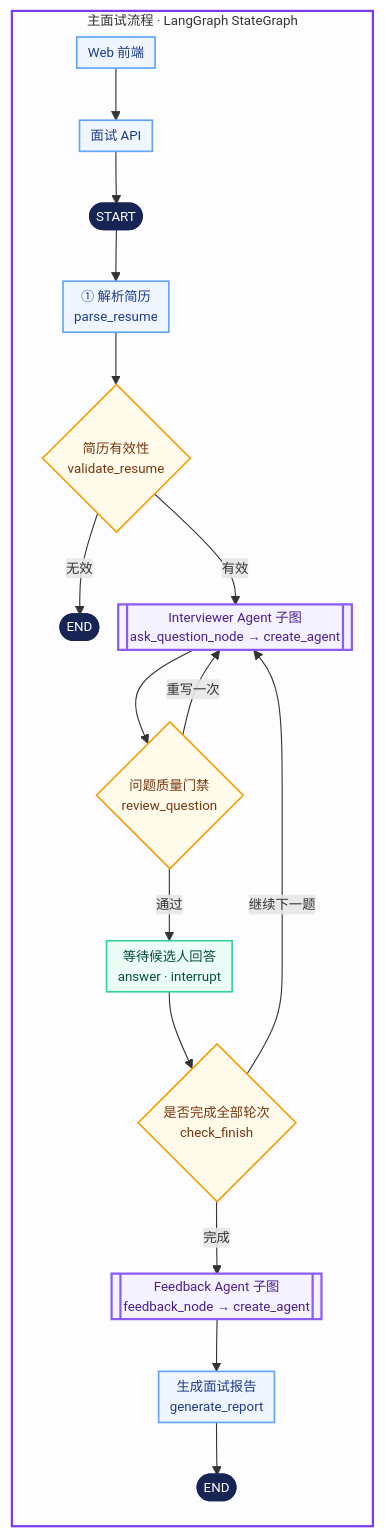
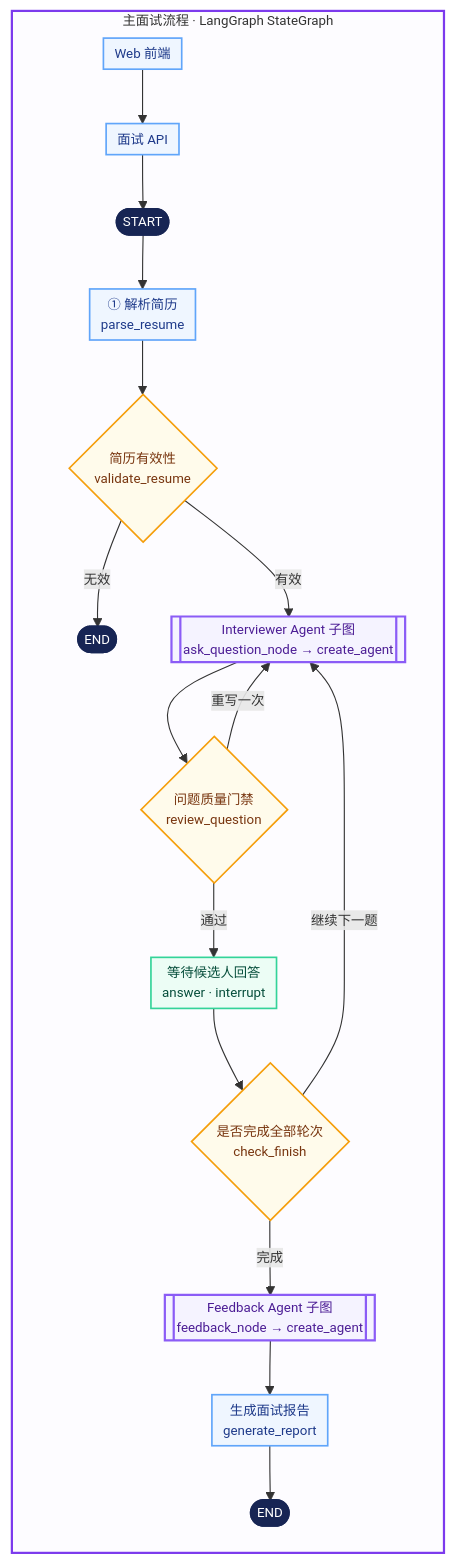
The first of 4 diagrams in README.md (Lucky-LMC/AI-Interview), drawn with Mermaid before and after one commit. The commit also changed other lines of this file, not shown here.

Commit message:
docs: refine workflow diagrams

````diff
--- a/README.md
+++ b/README.md
@@ -24,35 +24,35 @@
 ```mermaid
-%%{init: {"flowchart": {"nodeSpacing": 18, "rankSpacing": 22, "padding": 5}, "themeVariables": {"fontSize": "12px"}}}%%
+%%{init: {"flowchart": {"nodeSpacing": 50, "rankSpacing": 24, "padding": 5}, "themeVariables": {"fontSize": "12px"}}}%%
 flowchart TB
     subgraph interview_flow["主面试流程 · LangGraph StateGraph"]
         direction TB
         web["Web 前端"] --> interview_api["面试 API"]
         interview_api --> start([START])
         start --> parse["① 解析简历<br/>parse_resume"]
         parse --> validate{"简历有效性<br/>validate_resume"}
         validate -- 无效 --> invalid_end([END])
         validate -- 有效 --> interviewer[["Interviewer Agent 子图<br/>ask_question_node → create_agent"]]
         interviewer --> review{"问题质量门禁<br/>review_question"}
-        review -- 重写一次 --> interviewer
         review -- 通过 --> answer["等待候选人回答<br/>answer · interrupt"]
         answer --> finish{"是否完成全部轮次<br/>check_finish"}
+        review -- 重写一次 --> interviewer
         finish -- 继续下一题 --> interviewer
         finish -- 完成 --> feedback[["Feedback Agent 子图<br/>feedback_node → create_agent"]]
         feedback --> report["生成面试报告<br/>generate_report"]
         report --> done([END])
     end
 
     classDef terminal fill:#172554,color:#ffffff,stroke:#172554,stroke-width:2px;
     classDef process fill:#eff6ff,color:#1e3a8a,stroke:#60a5fa,stroke-width:1.5px;
     classDef decision fill:#fffbeb,color:#78350f,stroke:#f59e0b,stroke-width:1.5px;
     classDef agent fill:#f5f3ff,color:#4c1d95,stroke:#8b5cf6,stroke-width:2px;
     classDef human fill:#ecfdf5,color:#064e3b,stroke:#34d399,stroke-width:1.5px;
 
     class start,invalid_end,done terminal;
     class web,interview_api,parse,report process;
     class validate,review,finish decision;
     class interviewer,feedback agent;
     class answer human;
 
     style interview_flow fill:#fdfcff,stroke:#7c3aed,stroke-width:2px;
 ```
````
